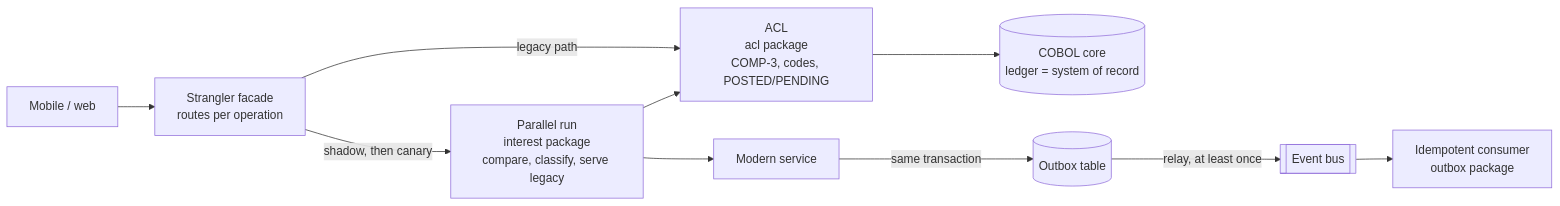
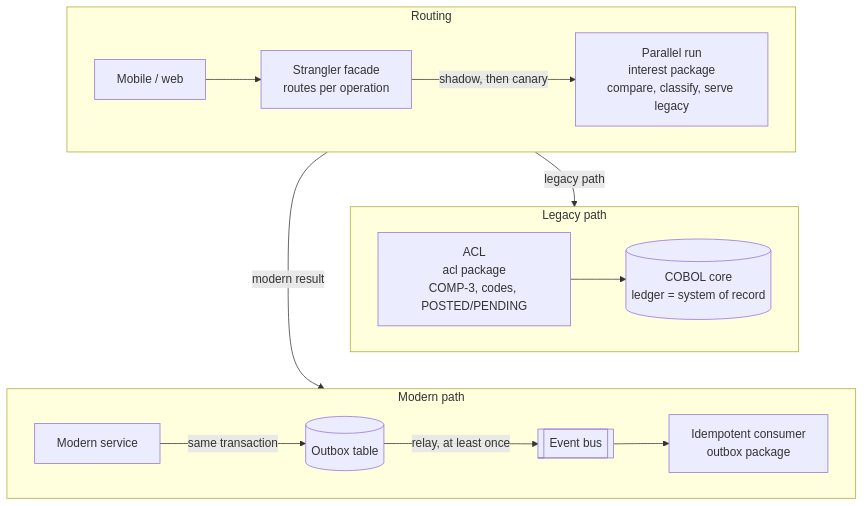
Before and after one commit to wallaceespindola/legacy-modernization-patterns: the diagram in docs/articles/devto/diagrams/pattern-map.mmd, drawn with Mermaid. The commit also changed 20 other files, not shown here.

```diff
--- a/docs/articles/devto/diagrams/pattern-map.mmd
+++ b/docs/articles/devto/diagrams/pattern-map.mmd
@@ -1,10 +1,19 @@
-flowchart LR
-    Client["Mobile / web"] --> Facade["Strangler facade<br/>routes per operation"]
-    Facade -->|"legacy path"| ACL["ACL<br/>acl package<br/>COMP-3, codes, POSTED/PENDING"]
-    ACL --> MF[("COBOL core<br/>ledger = system of record")]
-    Facade -->|"shadow, then canary"| PR["Parallel run<br/>interest package<br/>compare, classify, serve legacy"]
-    PR --> ACL
-    PR --> New["Modern service"]
-    New -->|"same transaction"| OB[("Outbox table")]
-    OB -->|"relay, at least once"| Bus[["Event bus"]]
-    Bus --> IC["Idempotent consumer<br/>outbox package"]
+flowchart TB
+    subgraph Route["Routing"]
+        direction LR
+        Client["Mobile / web"] --> Facade["Strangler facade<br/>routes per operation"]
+        Facade -->|"shadow, then canary"| PR["Parallel run<br/>interest package<br/>compare, classify, serve legacy"]
+    end
+    subgraph Legacy["Legacy path"]
+        direction LR
+        ACL["ACL<br/>acl package<br/>COMP-3, codes, POSTED/PENDING"] --> MF[("COBOL core<br/>ledger = system of record")]
+    end
+    subgraph Modern["Modern path"]
+        direction LR
+        New["Modern service"] -->|"same transaction"| OB[("Outbox table")]
+        OB -->|"relay, at least once"| Bus[["Event bus"]]
+        Bus --> IC["Idempotent consumer<br/>outbox package"]
+    end
+    Route -->|"legacy path"| Legacy
+    Route -->|"modern result"| Modern
+    Legacy ~~~ Modern
```
